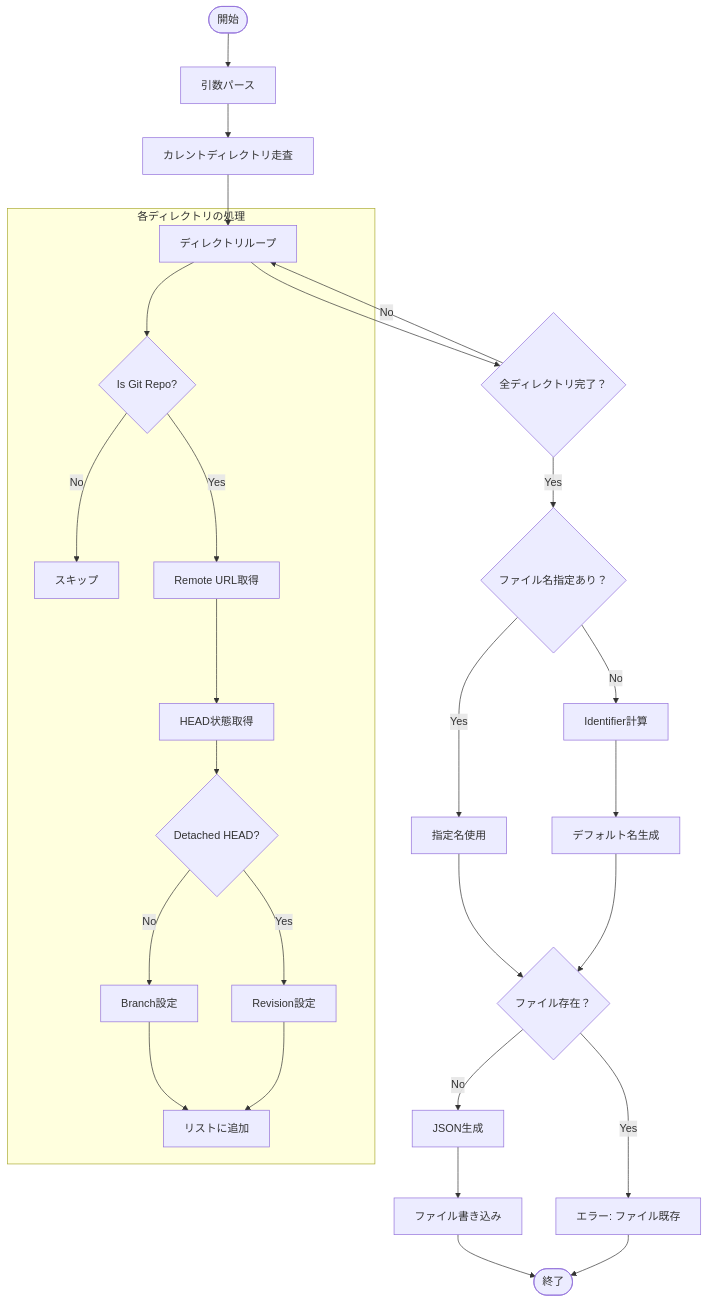
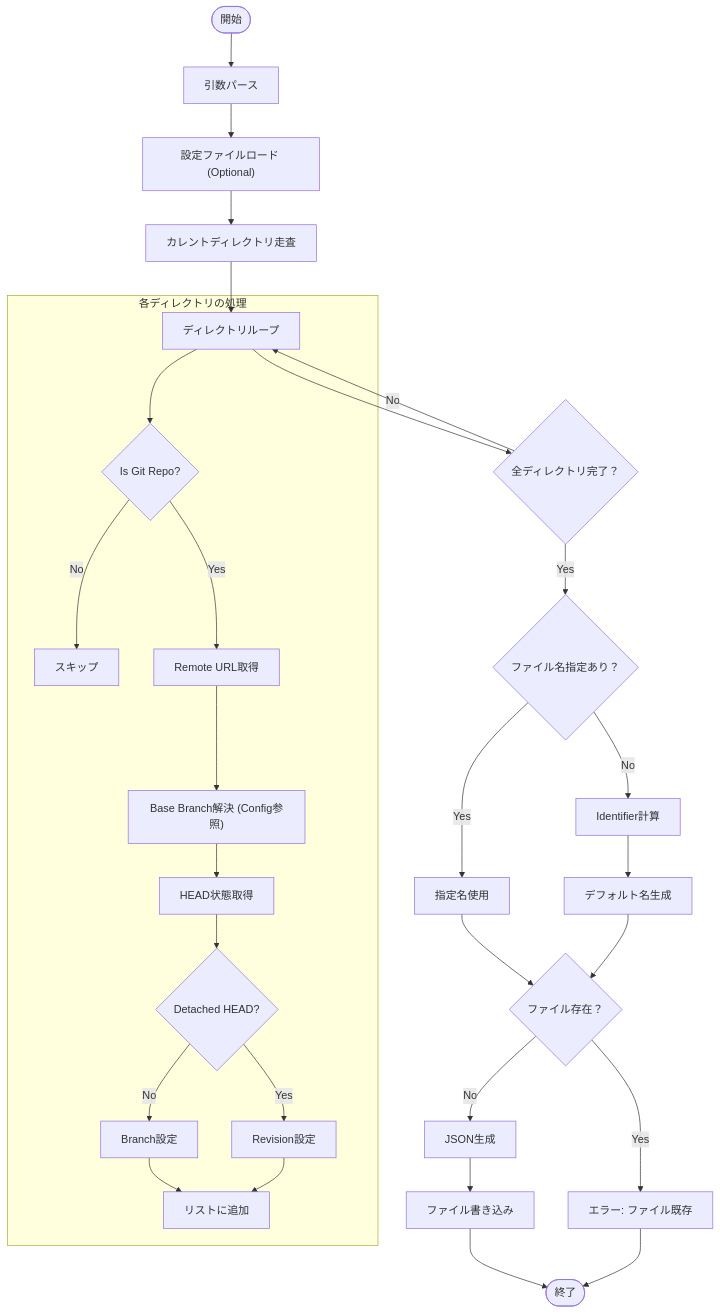
The diagram in docs/internal/app/snapshot.md (keiji/mistletoe), drawn with Mermaid before and after one commit. The commit also changed other lines of this file and 6 other files, not shown here.

````diff
--- a/docs/internal/app/snapshot.md
+++ b/docs/internal/app/snapshot.md
@@ -42,38 +47,40 @@
 ```mermaid
 flowchart TD
     Start(["開始"]) --> ParseArgs["引数パース"]
-    ParseArgs --> ScanDir["カレントディレクトリ走査"]
+    ParseArgs --> LoadConfig["設定ファイルロード (Optional)"]
+    LoadConfig --> ScanDir["カレントディレクトリ走査"]
 
     ScanDir --> Loop["ディレクトリループ"]
 
     subgraph "各ディレクトリの処理"
         Loop --> CheckGit{Is Git Repo?}
         CheckGit -- No --> Skip["スキップ"]
         CheckGit -- Yes --> GetURL["Remote URL取得"]
-        GetURL --> GetHEAD["HEAD状態取得"]
+        GetURL --> ResolveBase["Base Branch解決 (Config参照)"]
+        ResolveBase --> GetHEAD["HEAD状態取得"]
 
         GetHEAD --> CheckDetached{Detached HEAD?}
         CheckDetached -- No --> SetBranch["Branch設定"]
         CheckDetached -- Yes --> SetRev["Revision設定"]
 
         SetBranch --> AppendList["リストに追加"]
         SetRev --> AppendList
     end
 
     Loop --> CheckEnd{"全ディレクトリ完了？"}
     CheckEnd -- No --> Loop
     CheckEnd -- Yes --> DecideName{"ファイル名指定あり？"}
     DecideName -- Yes --> UseName["指定名使用"]
     DecideName -- No --> CalcID["Identifier計算"]
     CalcID --> DefaultName["デフォルト名生成"]
 
     UseName --> CheckExist{"ファイル存在？"}
     DefaultName --> CheckExist
 
     CheckExist -- Yes --> ErrorExist["エラー: ファイル既存"]
     CheckExist -- No --> Marshal["JSON生成"]
     Marshal --> WriteFile["ファイル書き込み"]
     WriteFile --> End(["終了"])
 
     ErrorExist --> End
 ```
````
